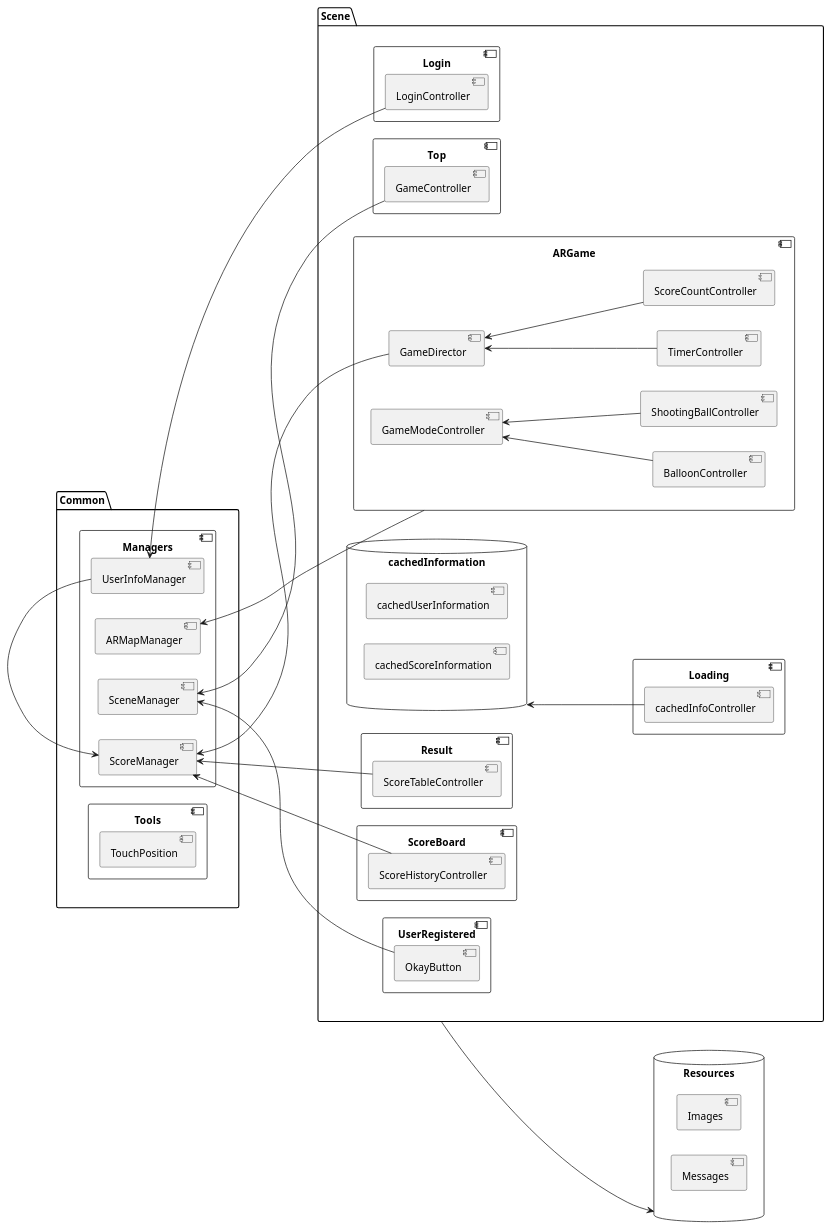
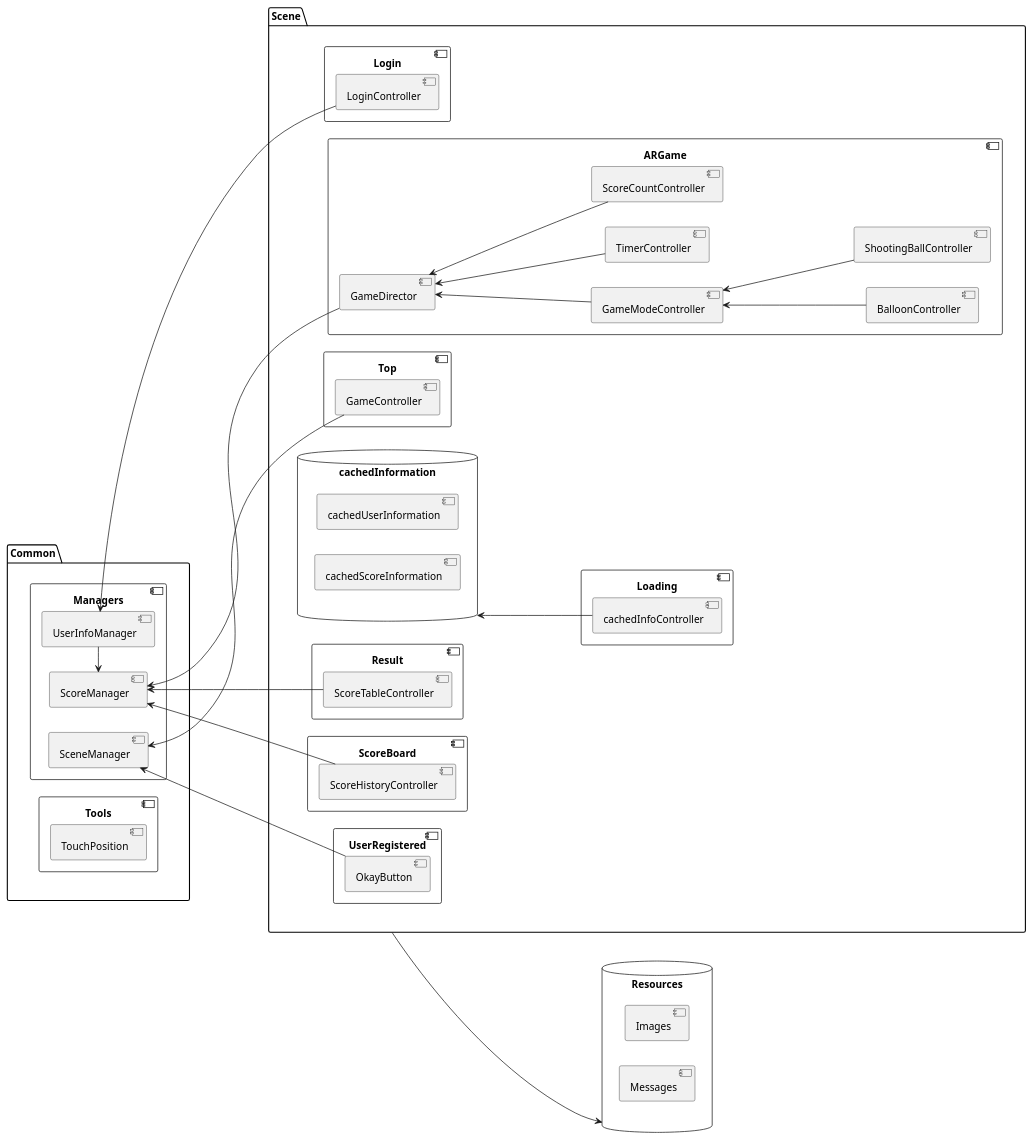
Before and after one commit to kyo-waku/SiriBal: the diagram in docs/script_rule.md, drawn with PlantUML. The commit also changed 9 other files, not shown here.

````diff
--- a/docs/script_rule.md
+++ b/docs/script_rule.md
@@ -5,77 +5,76 @@
 ```plantuml
 @startuml
 left to right direction
 
 Common --[hidden]-- Scene
 
 package Common{
     component Managers{
         component SceneManager
         component UserInfoManager
         component ScoreManager
-        component ARMapManager
     }
     UserInfoManager --ri--> ScoreManager
     component Tools{
         component TouchPosition
     }
 }
 
 database Resources{
     component Images
     component Messages
 }
 Scene --do--> Resources
 
 package Scene{
     component Top{
         component GameController
     }
     GameController --le--> SceneManager
 
     component Login{
         component LoginController
     }
     LoginController --le--> UserInfoManager
 
     component ARGame{
         component GameDirector
         component BalloonController
         component ShootingBallController
         component GameModeController
         component TimerController
         component ScoreCountController
     }
-    ARGame --le--> ARMapManager
     BalloonController --up--> GameModeController
     ShootingBallController --up--> GameModeController
+    GameModeController --up--> GameDirector
     TimerController --up--> GameDirector
     ScoreCountController --up--> GameDirector
     GameDirector --le--> ScoreManager
 
     component Loading{
         component cachedInfoController
     }
     cachedInformation <--do-- cachedInfoController
     component Result{
         component ScoreTableController
     }
     ScoreTableController --le--> ScoreManager
     component ScoreBoard{
         component ScoreHistoryController
     }
     ScoreHistoryController --le--> ScoreManager
 
     component UserRegistered{
         component OkayButton
     }
     OkayButton --le--> SceneManager
 }
 
 database cachedInformation{
     component cachedUserInformation
     component cachedScoreInformation
 }
 
 @enduml
 ```
````
